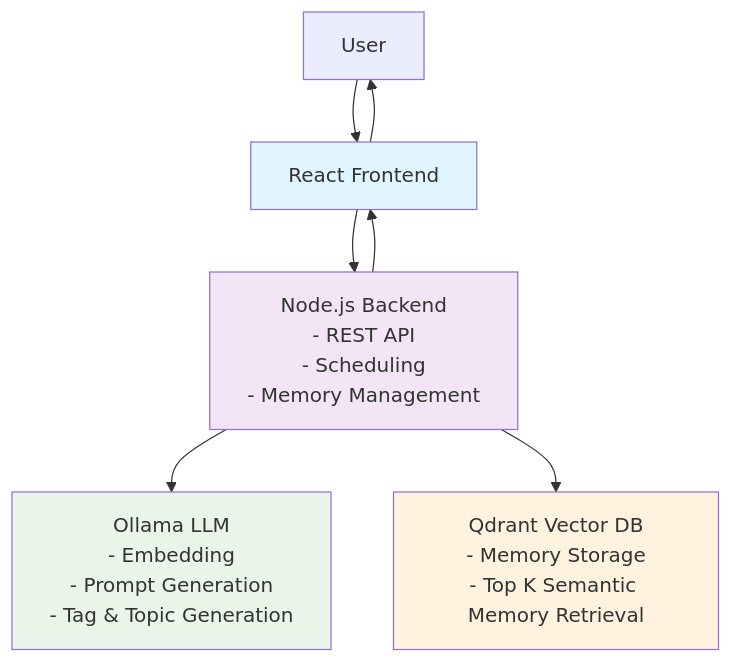
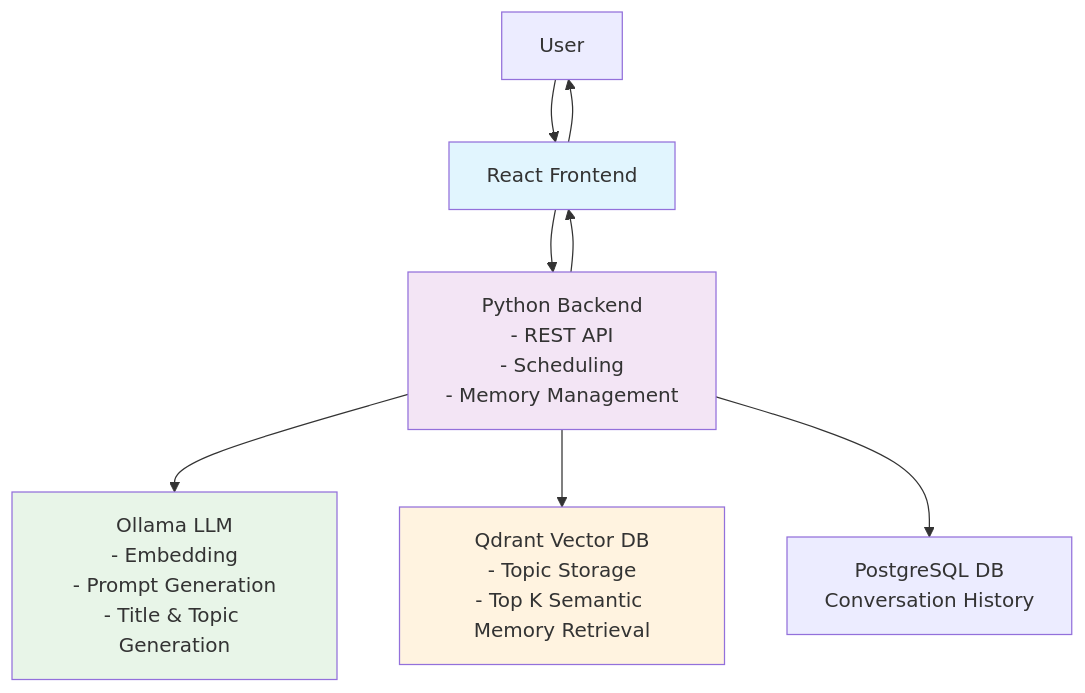
Before and after one commit to sjolander/valac: the diagram in README.md, drawn with Mermaid. The commit also changed other lines of this file and 178 other files, not shown here.

Commit message:
New React frontend; ported backend to python; Added Postgres

````diff
--- a/README.md
+++ b/README.md
@@ -17,16 +17,17 @@
 ```mermaid
 graph TD;
     User --> UI[React Frontend]
-    UI --> API[Node.js Backend<br/>- REST API<br/>- Scheduling<br/>- Memory Management]
-    API --> LLM[Ollama LLM<br/>- Embedding<br/>- Prompt Generation<br/>- Tag & Topic Generation]
-    API --> VDB[Qdrant Vector DB<br/>- Memory Storage<br/>- Top K Semantic Memory Retrieval]
+    UI --> API[Python Backend<br/>- REST API<br/>- Scheduling<br/>- Memory Management]
+    API --> LLM[Ollama LLM<br/>- Embedding<br/>- Prompt Generation<br/>- Title & Topic Generation]
+    API --> VDB[Qdrant Vector DB<br/>- Topic Storage<br/>- Top K Semantic Memory Retrieval]
+    API --> PostgreSQL[PostgreSQL DB<br/> Conversation History]
 
 
     API --> UI
     UI --> User
 
     style UI fill:#e1f5fe
     style API fill:#f3e5f5
     style LLM fill:#e8f5e8
     style VDB fill:#fff3e0
 ```
````
